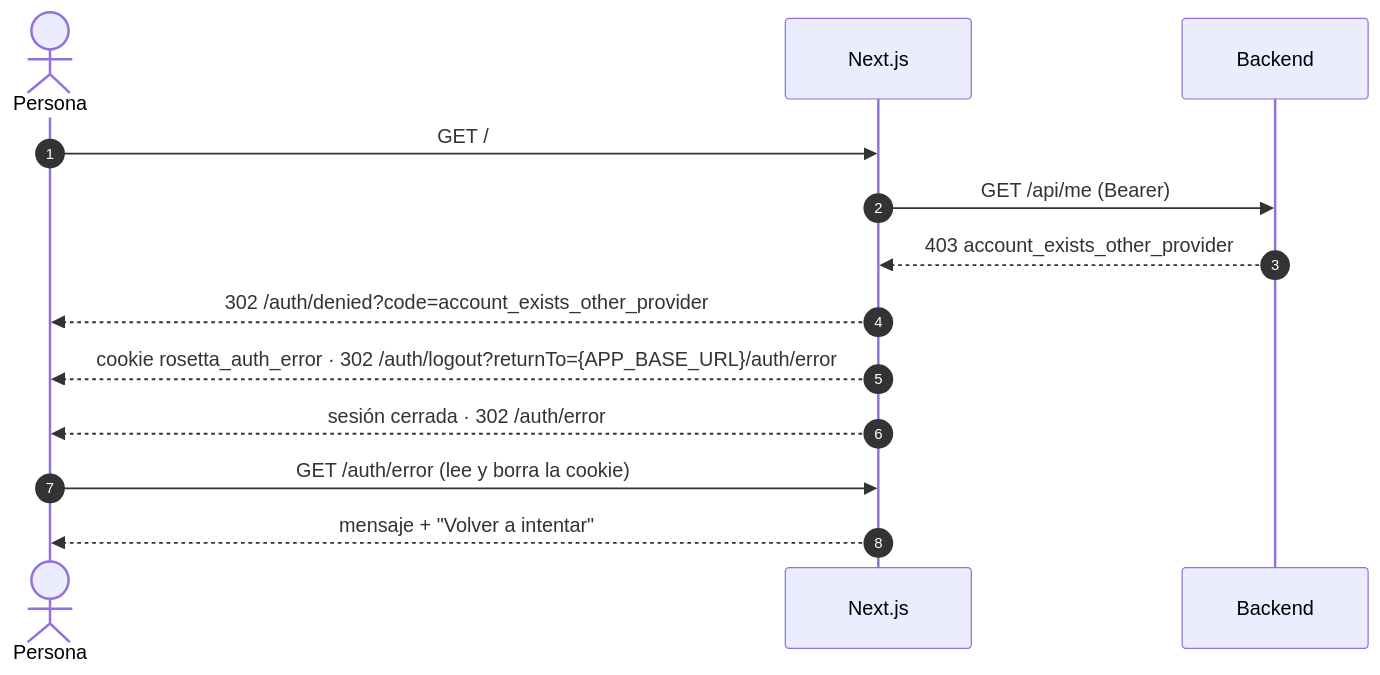
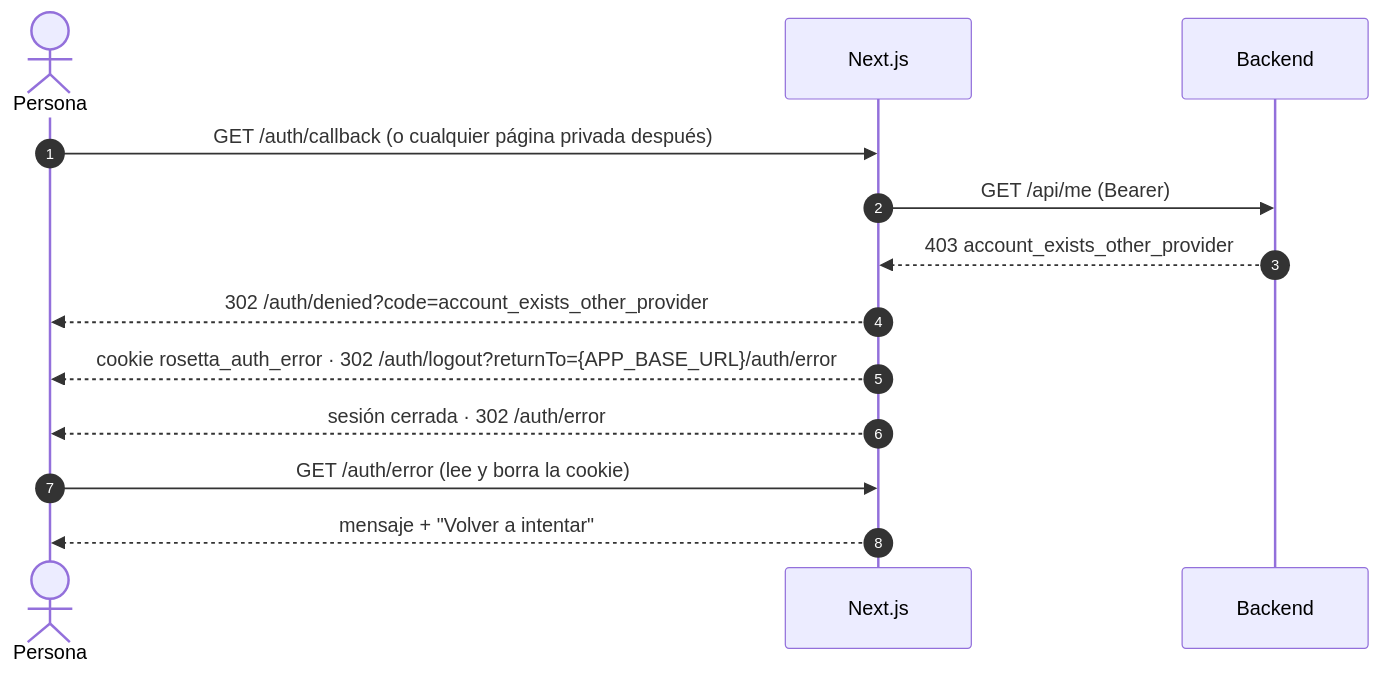
One commit to riverbonilla1504/rosseta-project changed the second of 3 diagrams in specs/002-autenticacion-oauth/contracts/auth-flow.md. Above: the diagram before and after it, drawn with Mermaid. The commit also changed other lines of this file and 2 other files, not shown here.

First line of the commit message:
docs(specs): ROS-184 el contrato y la investigación recogen el destino directo del callback

````diff
--- a/specs/002-autenticacion-oauth/contracts/auth-flow.md
+++ b/specs/002-autenticacion-oauth/contracts/auth-flow.md
@@ -143,15 +141,15 @@
 ```mermaid
 sequenceDiagram
     autonumber
     actor U as Persona
     participant F as Next.js
     participant D as Backend
-    U->>F: GET /
+    U->>F: GET /auth/callback (o cualquier página privada después)
     F->>D: GET /api/me (Bearer)
     D-->>F: 403 account_exists_other_provider
     F-->>U: 302 /auth/denied?code=account_exists_other_provider
     F-->>U: cookie rosetta_auth_error · 302 /auth/logout?returnTo={APP_BASE_URL}/auth/error
     F-->>U: sesión cerrada · 302 /auth/error
     U->>F: GET /auth/error (lee y borra la cookie)
     F-->>U: mensaje + "Volver a intentar"
 ```
````
